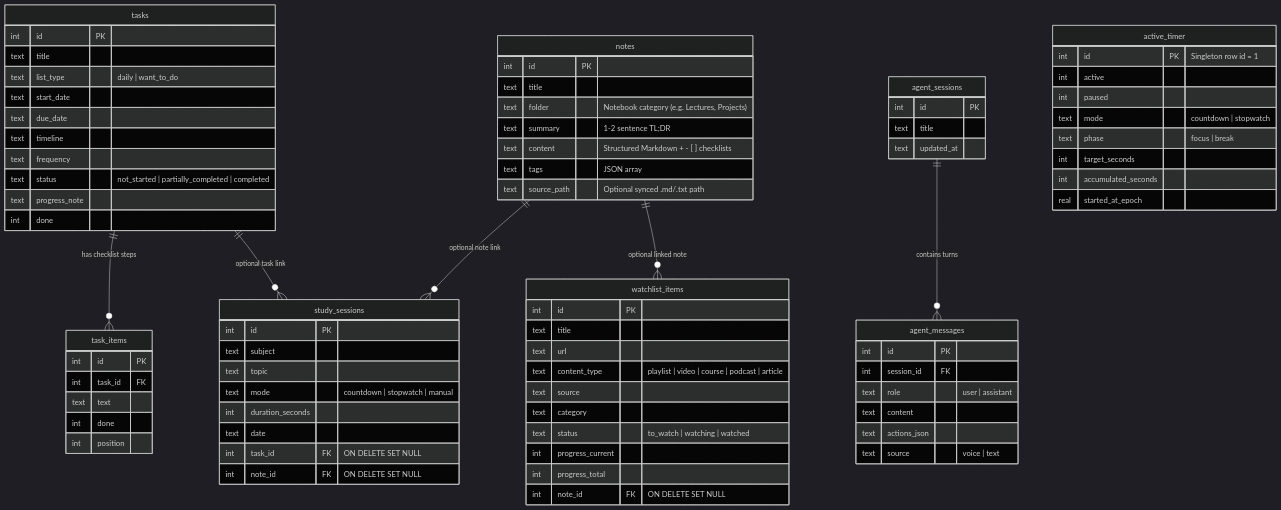
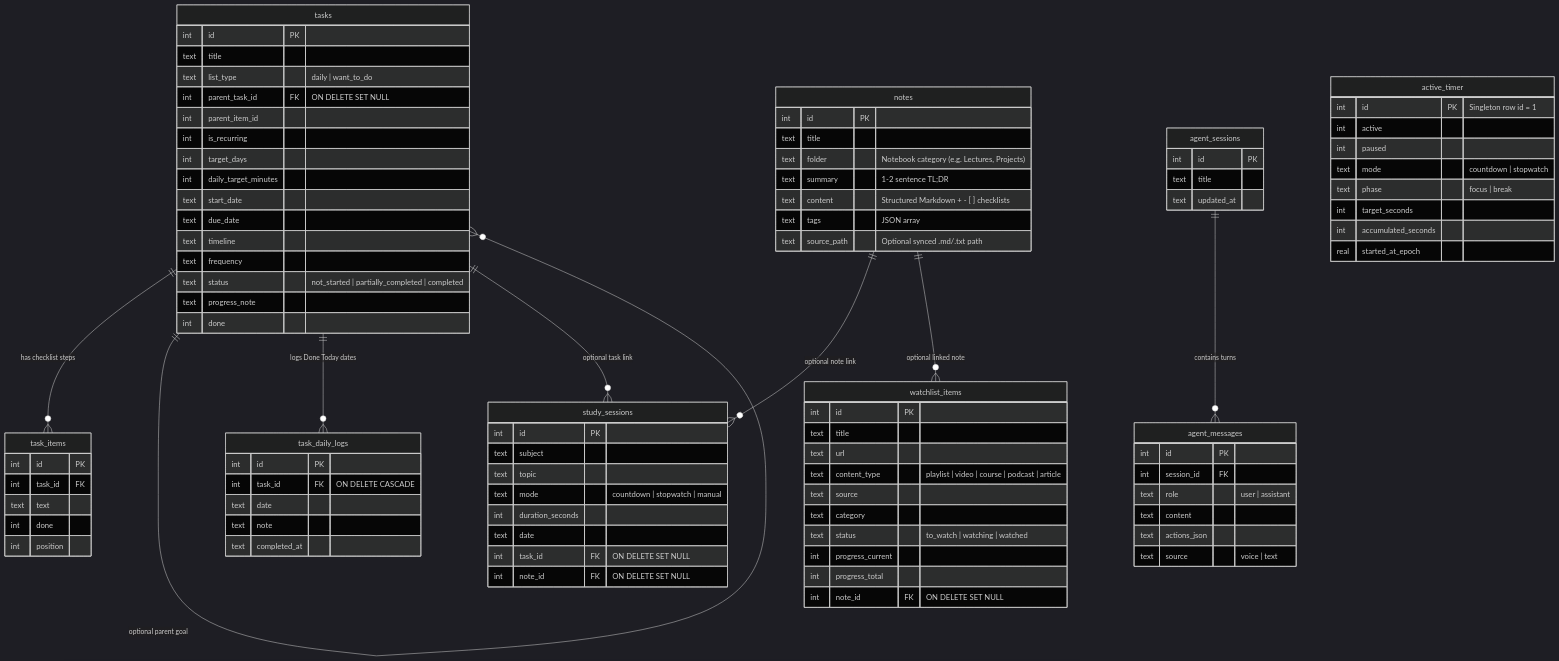
The diagram in docs/ARCHITECTURE.md (ammar-adel222/personal-life-hub), drawn with Mermaid (dark theme) before and after one commit. The commit also changed other lines of this file and 2 other files, not shown here.

Commit message:
test,docs: add 5 task-hierarchy/study tests and update documentation

````diff
--- a/docs/ARCHITECTURE.md
+++ b/docs/ARCHITECTURE.md
@@ -55,6 +55,8 @@
 ```mermaid
 erDiagram
     tasks ||--o{ task_items : "has checklist steps"
+    tasks ||--o{ tasks : "optional parent goal"
+    tasks ||--o{ task_daily_logs : "logs Done Today dates"
     tasks ||--o{ study_sessions : "optional task link"
     notes ||--o{ study_sessions : "optional note link"
     notes ||--o{ watchlist_items : "optional linked note"
@@ -64,6 +66,11 @@
         int id PK
         text title
         text list_type "daily | want_to_do"
+        int parent_task_id FK "ON DELETE SET NULL"
+        int parent_item_id
+        int is_recurring
+        int target_days
+        int daily_target_minutes
         text start_date
         text due_date
         text timeline
@@ -71,6 +78,13 @@
         text status "not_started | partially_completed | completed"
         text progress_note
         int done
+    }
+    task_daily_logs {
+        int id PK
+        int task_id FK "ON DELETE CASCADE"
+        text date
+        text note
+        text completed_at
     }
     task_items {
         int id PK
````
